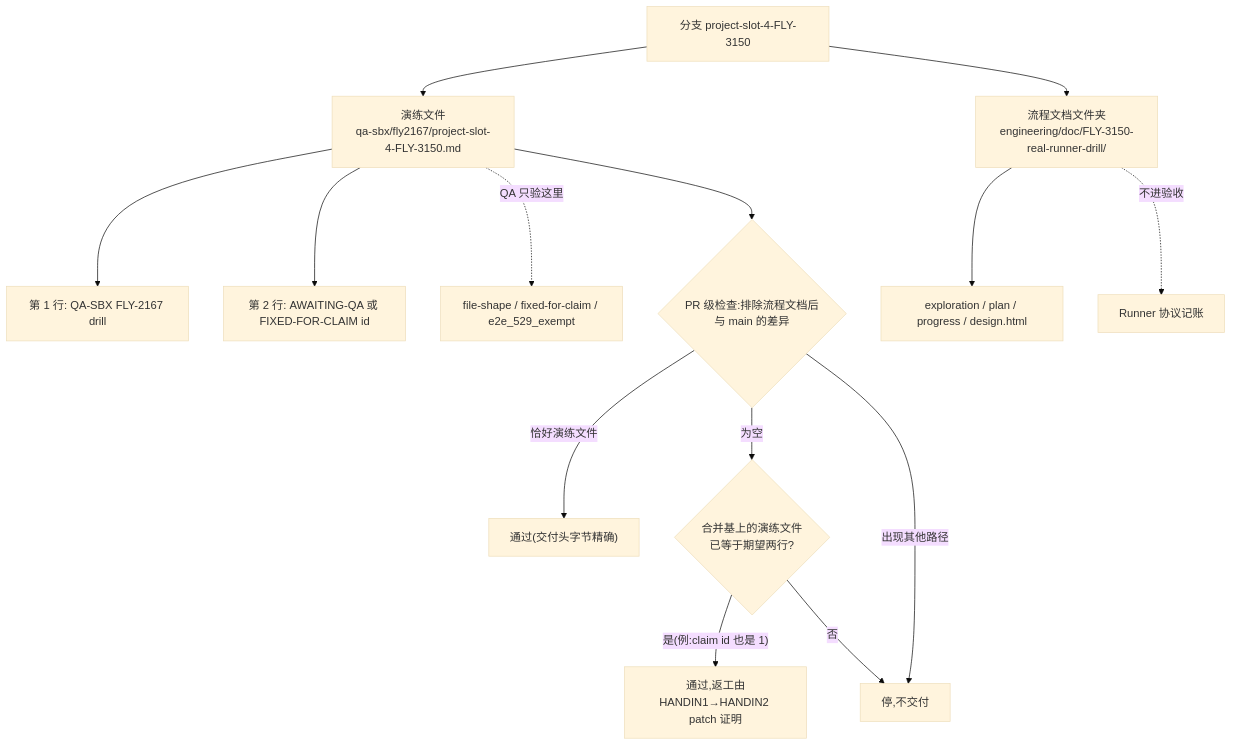
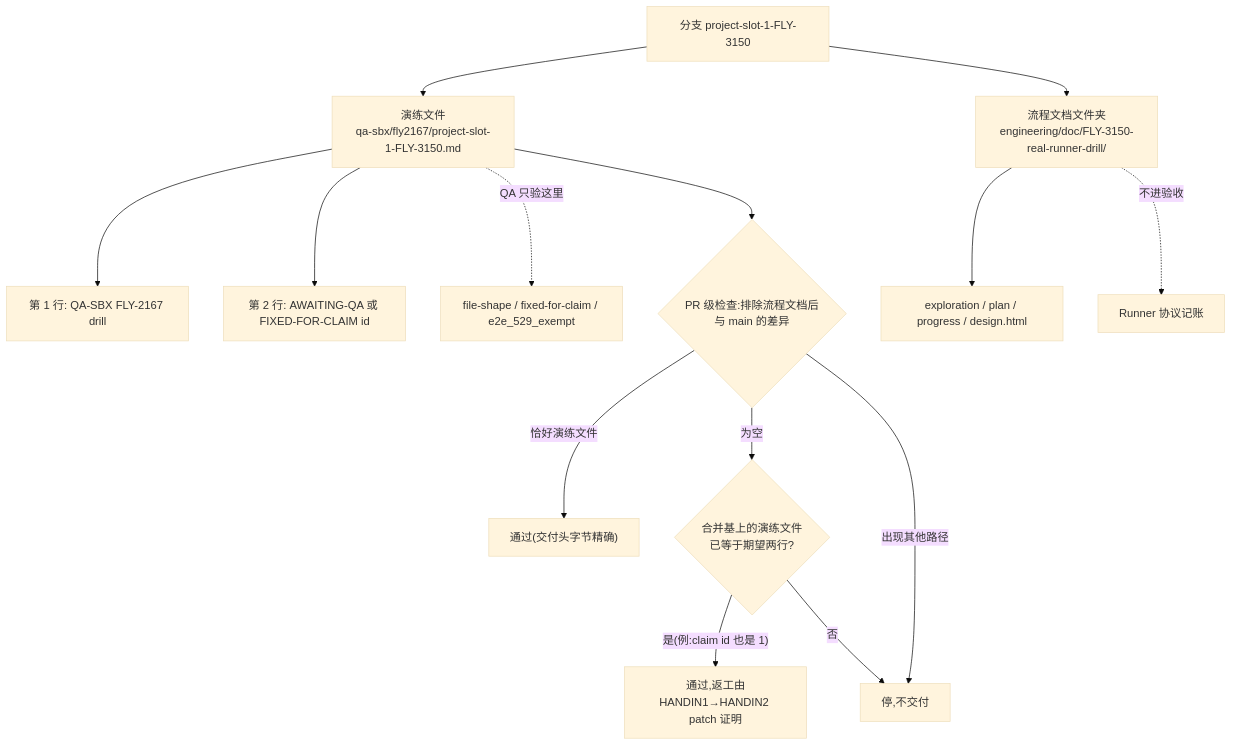
Before and after one commit to xrliAnnie/flywheel-qa-sandbox: the diagram in engineering/doc/FLY-3150-real-runner-drill/d2-data-model.mmd, drawn with Mermaid (base theme). The commit also changed 5 other files, not shown here.

Commit message:
docs(qa-sbx): FLY-3150 design HTML and review record for run ebfb0035

```diff
--- a/engineering/doc/FLY-3150-real-runner-drill/d2-data-model.mmd
+++ b/engineering/doc/FLY-3150-real-runner-drill/d2-data-model.mmd
@@ -1,14 +1,14 @@
 flowchart TD
-    B["分支 project-slot-4-FLY-3150"] --> T["演练文件<br/>qa-sbx/fly2167/project-slot-4-FLY-3150.md"]
+    B["分支 project-slot-1-FLY-3150"] --> T["演练文件<br/>qa-sbx/fly2167/project-slot-1-FLY-3150.md"]
     B --> P["流程文档文件夹<br/>engineering/doc/FLY-3150-real-runner-drill/"]
     T --> L1["第 1 行: QA-SBX FLY-2167 drill"]
     T --> L2["第 2 行: AWAITING-QA 或 FIXED-FOR-CLAIM id"]
     P --> X["exploration / plan / progress / design.html"]
     T -. "QA 只验这里" .-> C["file-shape / fixed-for-claim / e2e_529_exempt"]
     P -. "不进验收" .-> N["Runner 协议记账"]
     T --> A{"PR 级检查:排除流程文档后<br/>与 main 的差异"}
     A -- "恰好演练文件" --> OK1["通过(交付头字节精确)"]
     A -- "为空" --> E{"合并基上的演练文件<br/>已等于期望两行?"}
     E -- "是(例:claim id 也是 1)" --> OK2["通过,返工由<br/>HANDIN1→HANDIN2 patch 证明"]
     E -- "否" --> STOP["停,不交付"]
     A -- "出现其他路径" --> STOP
```
